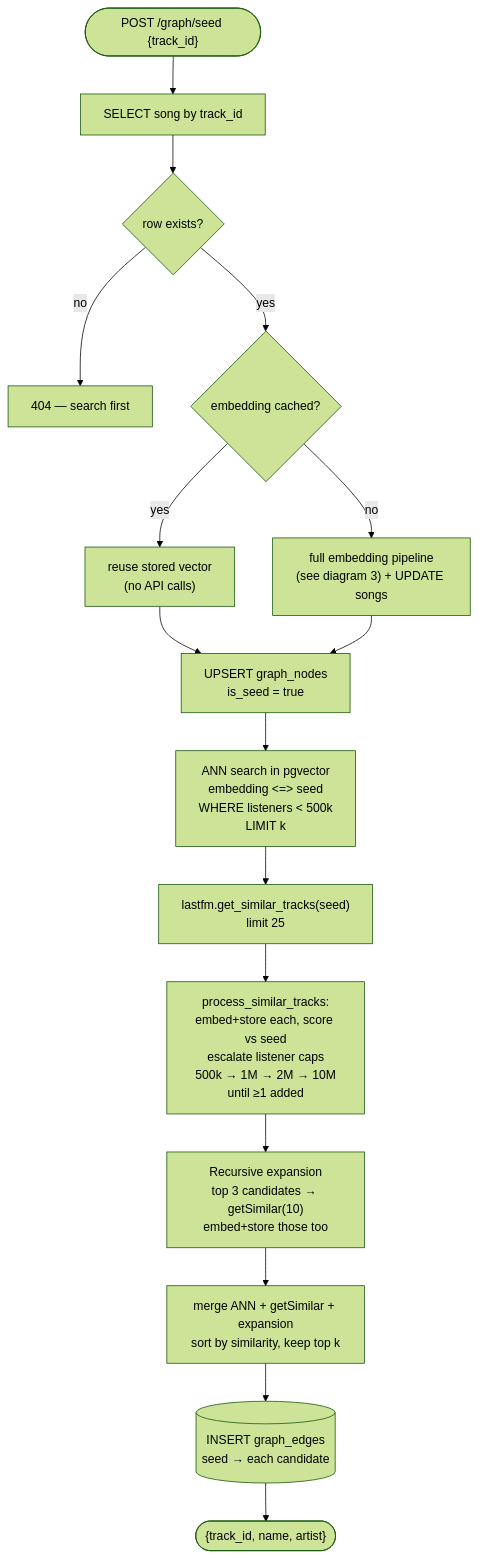
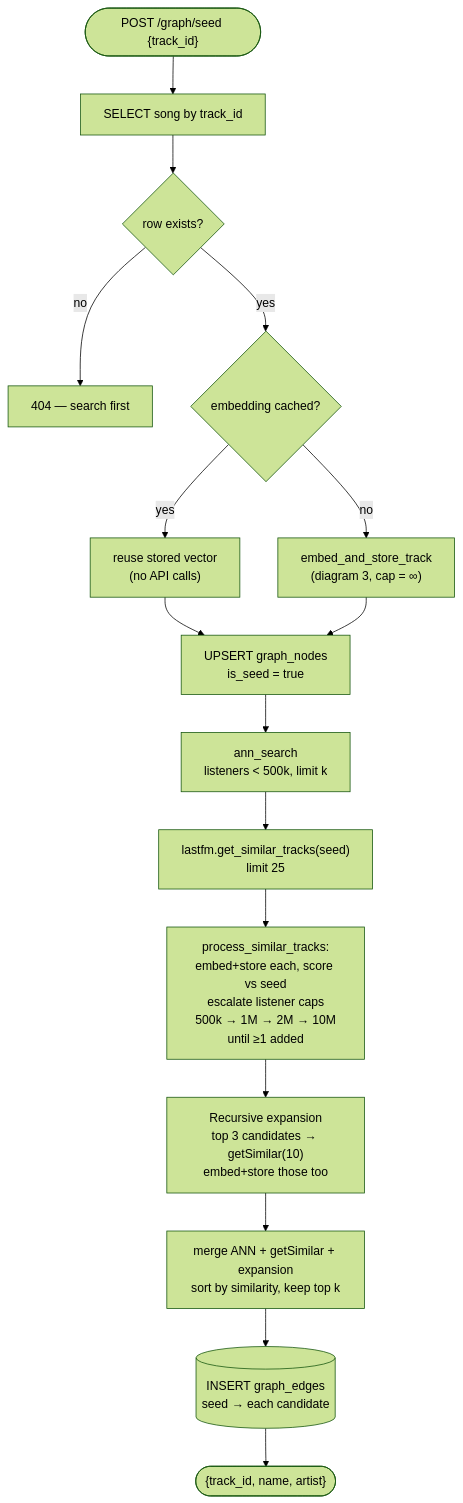
The fifth of 10 diagrams in ARCHITECTURE.md (pedro-boudoux/discover), drawn with Mermaid (forest theme) before and after one commit. The commit also changed other lines of this file and 7 other files, not shown here.

First line of the commit message:
Consolidate ANN search and embedding pipeline into shared helpers

````diff
--- a/ARCHITECTURE.md
+++ b/ARCHITECTURE.md
@@ -171,24 +186,24 @@
 ```mermaid
 flowchart TD
     req(["POST /graph/seed {track_id}"]) --> lookup["SELECT song by track_id"]
     lookup --> exist{"row exists?"}
     exist -->|no| e404["404 — search first"]
     exist -->|yes| cached{"embedding cached?"}
 
     cached -->|yes| reuse["reuse stored vector<br/>(no API calls)"]
-    cached -->|no| build["full embedding pipeline<br/>(see diagram 3) + UPDATE songs"]
+    cached -->|no| build["embed_and_store_track<br/>(diagram 3, cap = ∞)"]
 
     reuse --> node
     build --> node["UPSERT graph_nodes<br/>is_seed = true"]
 
-    node --> ann["ANN search in pgvector<br/>embedding <=> seed<br/>WHERE listeners < 500k<br/>LIMIT k"]
+    node --> ann["ann_search<br/>listeners < 500k, limit k"]
     ann --> simseed["lastfm.get_similar_tracks(seed)<br/>limit 25"]
 
     simseed --> escalate["process_similar_tracks:<br/>embed+store each, score vs seed<br/>escalate listener caps<br/>500k → 1M → 2M → 10M<br/>until ≥1 added"]
 
     escalate --> expand["Recursive expansion<br/>top 3 candidates → getSimilar(10)<br/>embed+store those too"]
 
     expand --> rank["merge ANN + getSimilar + expansion<br/>sort by similarity, keep top k"]
     rank --> edges[("INSERT graph_edges<br/>seed → each candidate")]
     edges --> done(["{track_id, name, artist}"])
 ```
````
